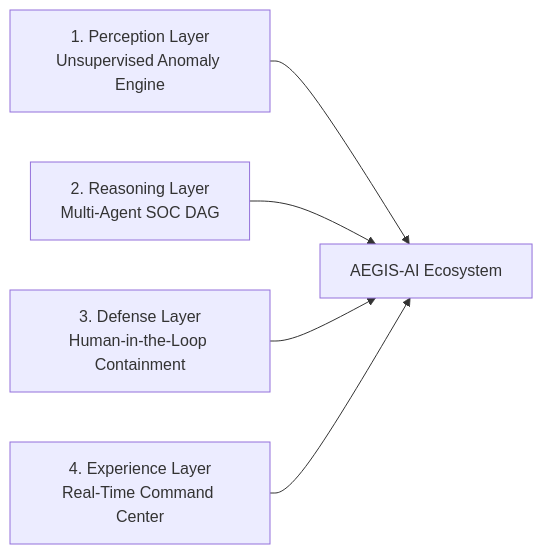
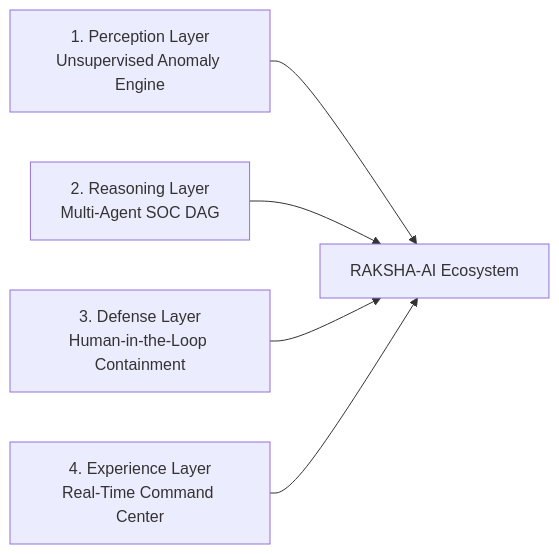
Before and after one commit to hotshot0104/Aegis.ai: the first of 2 diagrams in prd.md, drawn with Mermaid. The commit also changed other lines of this file and 115 other files, not shown here.

````diff
--- a/prd.md
+++ b/prd.md
@@ -65,7 +65,7 @@
 ```mermaid
 graph LR
-    Pillar1[1. Perception Layer<br/>Unsupervised Anomaly Engine] --> Unified[AEGIS-AI Ecosystem]
+    Pillar1[1. Perception Layer<br/>Unsupervised Anomaly Engine] --> Unified[RAKSHA-AI Ecosystem]
     Pillar2[2. Reasoning Layer<br/>Multi-Agent SOC DAG] --> Unified
     Pillar3[3. Defense Layer<br/>Human-in-the-Loop Containment] --> Unified
     Pillar4[4. Experience Layer<br/>Real-Time Command Center] --> Unified
 ```
````
